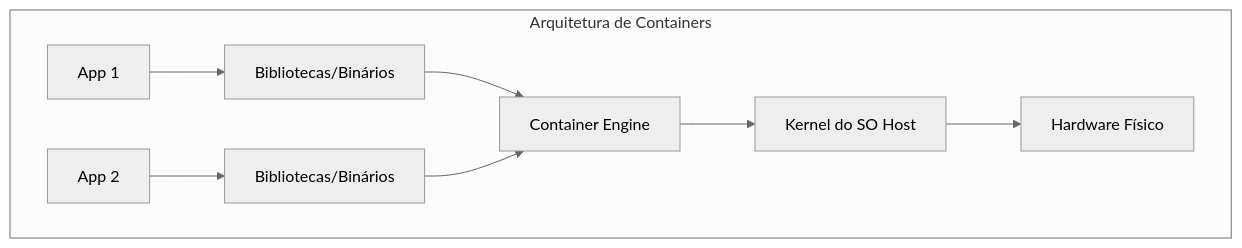
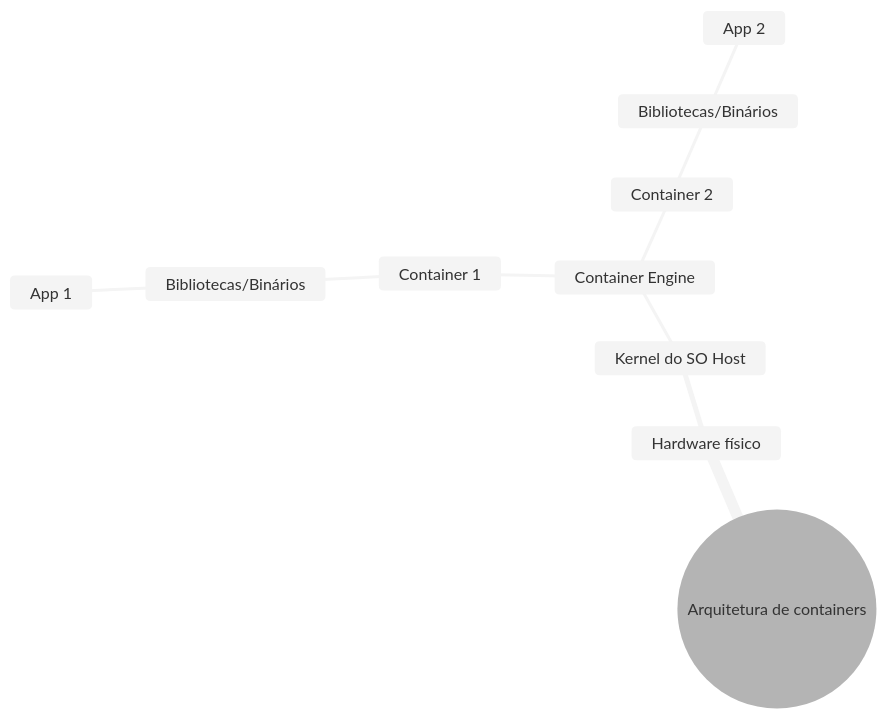
Before and after one commit to dyotamo/blog: the second of 2 diagrams in content/pt/articles/containers-vs-vms/index.md, drawn with Mermaid (neutral theme). The commit also changed other lines of this file and 26 other files, not shown here.

````diff
--- a/content/pt/articles/containers-vs-vms/index.md
+++ b/content/pt/articles/containers-vs-vms/index.md
@@ -52,11 +52,13 @@
 ```mermaid
-graph TD
-    subgraph Container_Architecture [Arquitetura de Containers]
-        App1[App 1] --> Bins1[Bibliotecas/Binários]
-        App2[App 2] --> Bins2[Bibliotecas/Binários]
-        Bins1 --> Engine[Container Engine]
-        Bins2 --> Engine
-        Engine --> Kernel[Kernel do SO Host]
-        Kernel --> Hardware[Hardware Físico]
-    end
+mindmap
+  root((Arquitetura de containers))
+    Hardware físico
+      Kernel do SO Host
+        Container Engine
+          Container 1
+            Bibliotecas/Binários
+              App 1
+          Container 2
+            Bibliotecas/Binários
+              App 2
 ```
````
